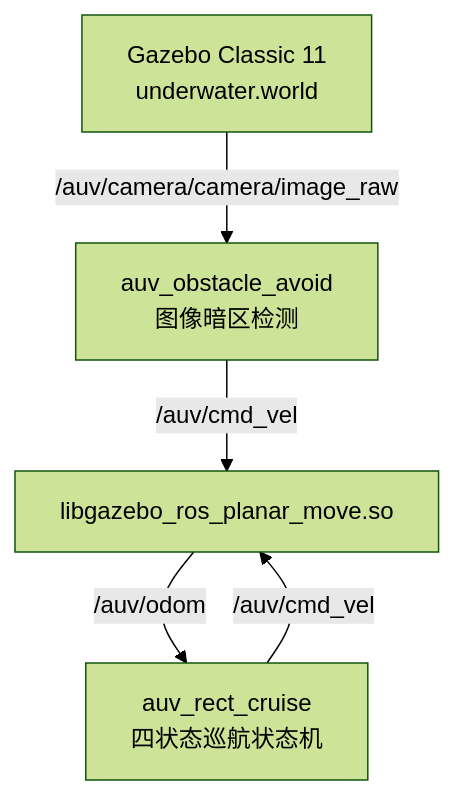
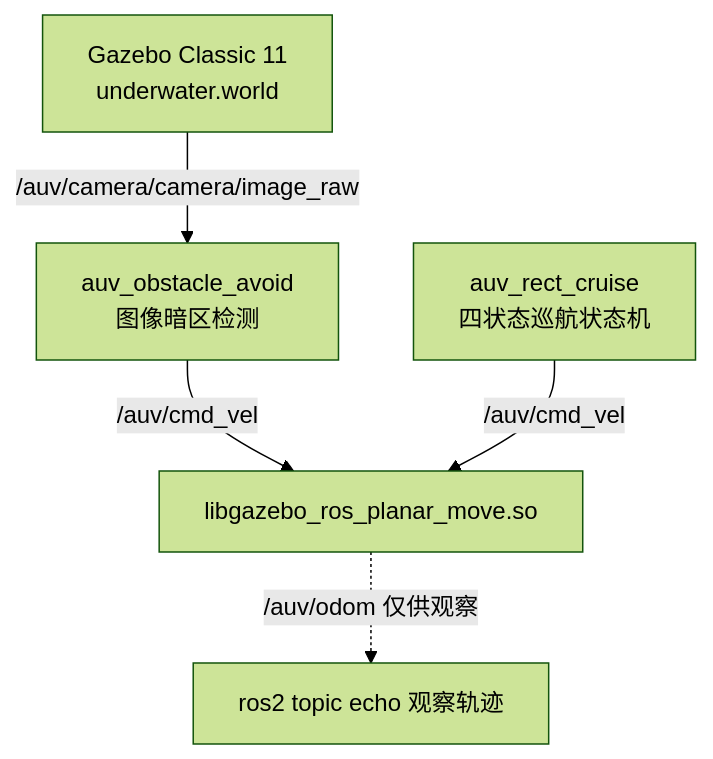
The first of 2 diagrams in docs/water/auv_end2end.md (OpenHUTB/ros2), drawn with Mermaid (forest theme) before and after one commit. The commit also changed other lines of this file and 9 other files, not shown here.

````diff
--- a/docs/water/auv_end2end.md
+++ b/docs/water/auv_end2end.md
@@ -18,7 +18,7 @@
 ```mermaid
 graph TD
     A[Gazebo Classic 11<br/>underwater.world] -->|/auv/camera/camera/image_raw| B[auv_obstacle_avoid<br/>图像暗区检测]
     B -->|/auv/cmd_vel| C[libgazebo_ros_planar_move.so]
     D[auv_rect_cruise<br/>四状态巡航状态机] -->|/auv/cmd_vel| C
-    C -->|/auv/odom| D
+    C -.->|/auv/odom 仅供观察| E[ros2 topic echo 观察轨迹]
 ```
````
